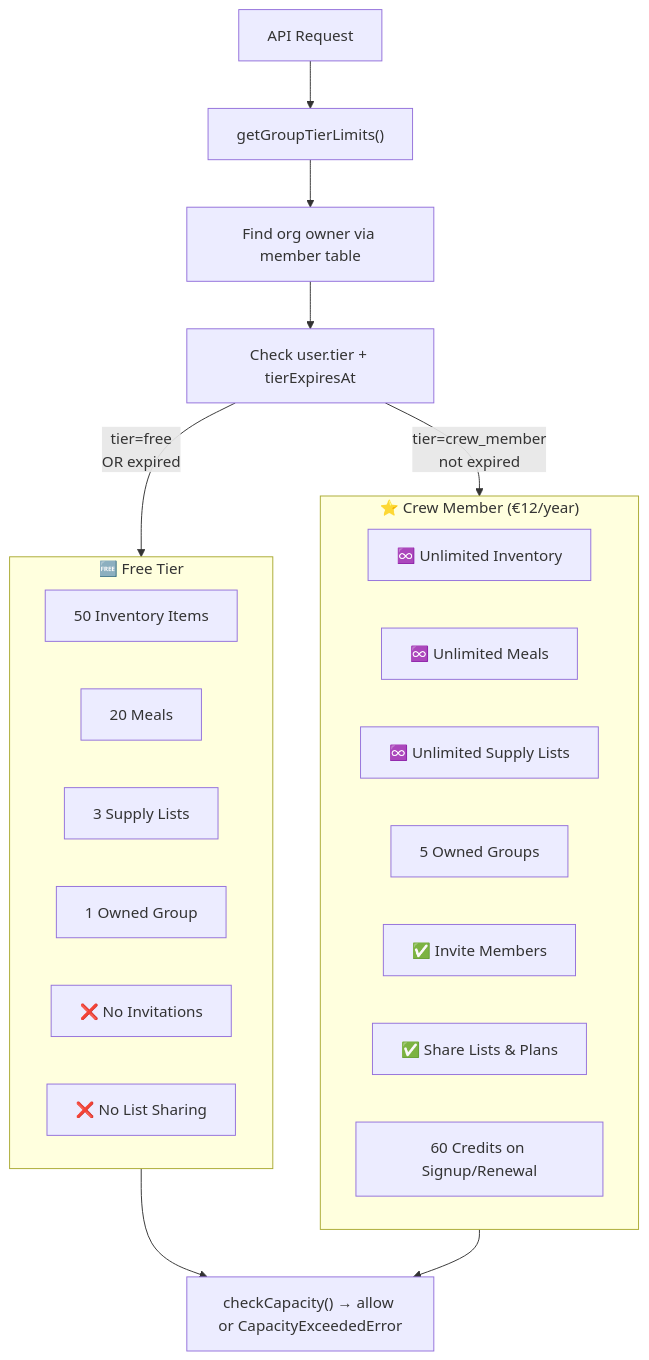
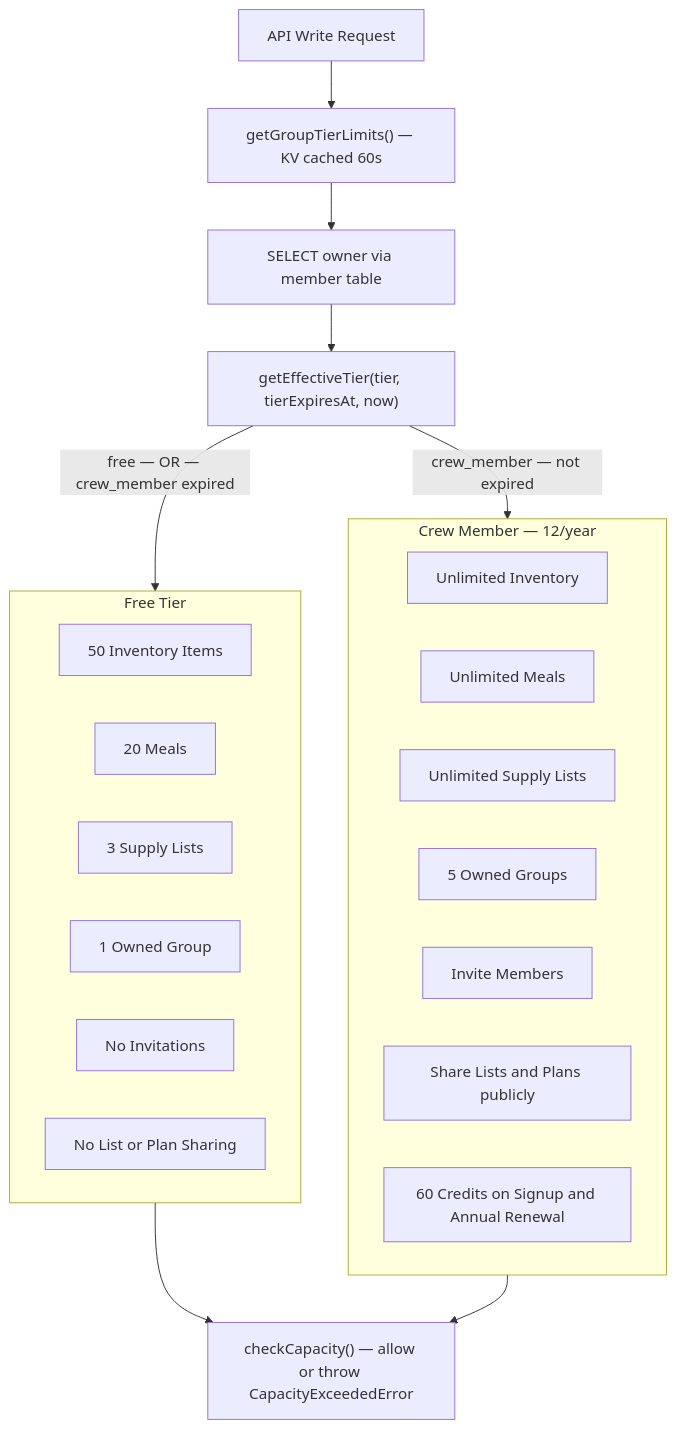
Diagram 15 of 16 in README.md (bjamesdowning/ration-mirror), drawn with Mermaid before and after one commit. The commit also changed other lines of this file and 1 other file, not shown here.

First line of the commit message:
fix(ui): render ActionMenu dropdown via portal to escape overflow-hidden clipping

````diff
--- a/README.md
+++ b/README.md
@@ -876,31 +1082,31 @@
 ```mermaid
 flowchart TB
-    subgraph FreeTier["🆓 Free Tier"]
+    subgraph FreeTier["Free Tier"]
         F1["50 Inventory Items"]
         F2["20 Meals"]
         F3["3 Supply Lists"]
         F4["1 Owned Group"]
-        F5["❌ No Invitations"]
-        F6["❌ No List Sharing"]
+        F5["No Invitations"]
+        F6["No List or Plan Sharing"]
     end
 
-    subgraph CrewTier["⭐ Crew Member (€12/year)"]
-        C1["♾️ Unlimited Inventory"]
-        C2["♾️ Unlimited Meals"]
-        C3["♾️ Unlimited Supply Lists"]
+    subgraph CrewTier["Crew Member — 12/year"]
+        C1["Unlimited Inventory"]
+        C2["Unlimited Meals"]
+        C3["Unlimited Supply Lists"]
         C4["5 Owned Groups"]
-        C5["✅ Invite Members"]
-        C6["✅ Share Lists & Plans"]
-        C7["60 Credits on Signup/Renewal"]
+        C5["Invite Members"]
+        C6["Share Lists and Plans publicly"]
+        C7["60 Credits on Signup and Annual Renewal"]
     end
 
-    CheckRequest["API Request"] --> GetTier["getGroupTierLimits()"]
-    GetTier --> FindOwner["Find org owner via member table"]
-    FindOwner --> CheckExpiry["Check user.tier + tierExpiresAt"]
+    CheckRequest["API Write Request"] --> GetTier["getGroupTierLimits() — KV cached 60s"]
+    GetTier --> FindOwner["SELECT owner via member table"]
+    FindOwner --> CheckExpiry["getEffectiveTier(tier, tierExpiresAt, now)"]
 
-    CheckExpiry -->|"tier=crew_member<br/>not expired"| CrewTier
-    CheckExpiry -->|"tier=free<br/>OR expired"| FreeTier
+    CheckExpiry -->|"crew_member — not expired"| CrewTier
+    CheckExpiry -->|"free — OR — crew_member expired"| FreeTier
 
-    FreeTier --> Enforce["checkCapacity() → allow or CapacityExceededError"]
+    FreeTier --> Enforce["checkCapacity() — allow or throw CapacityExceededError"]
     CrewTier --> Enforce
 ```
````
